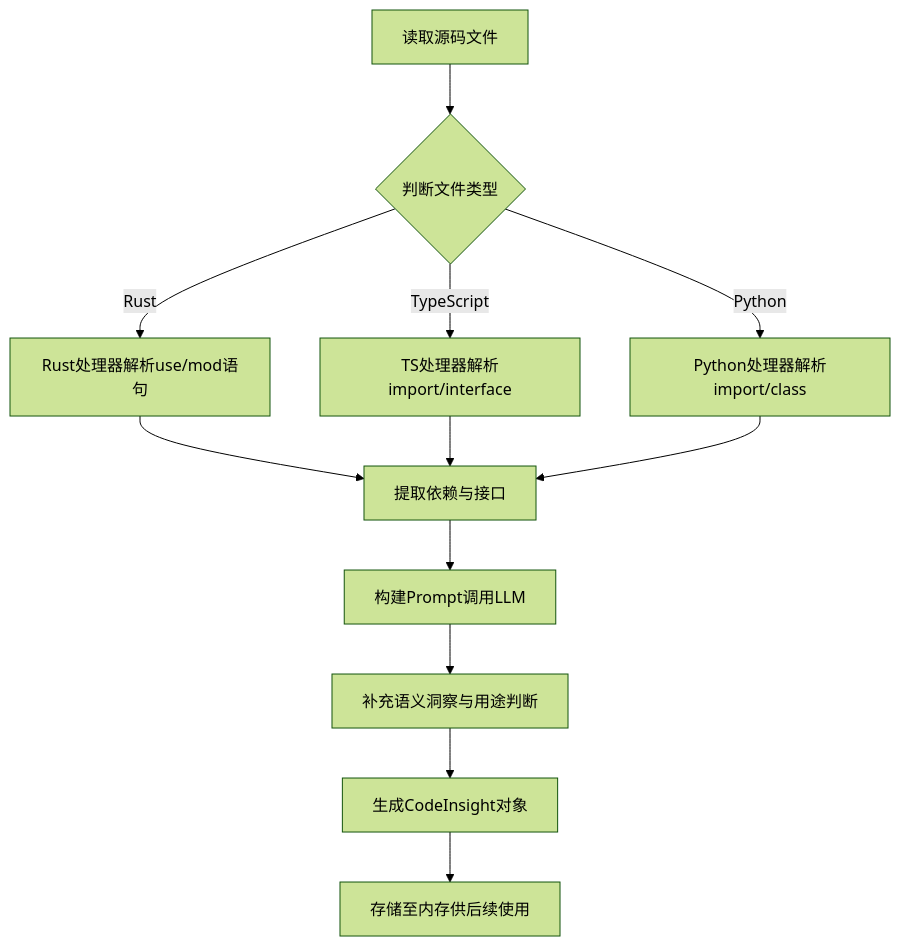
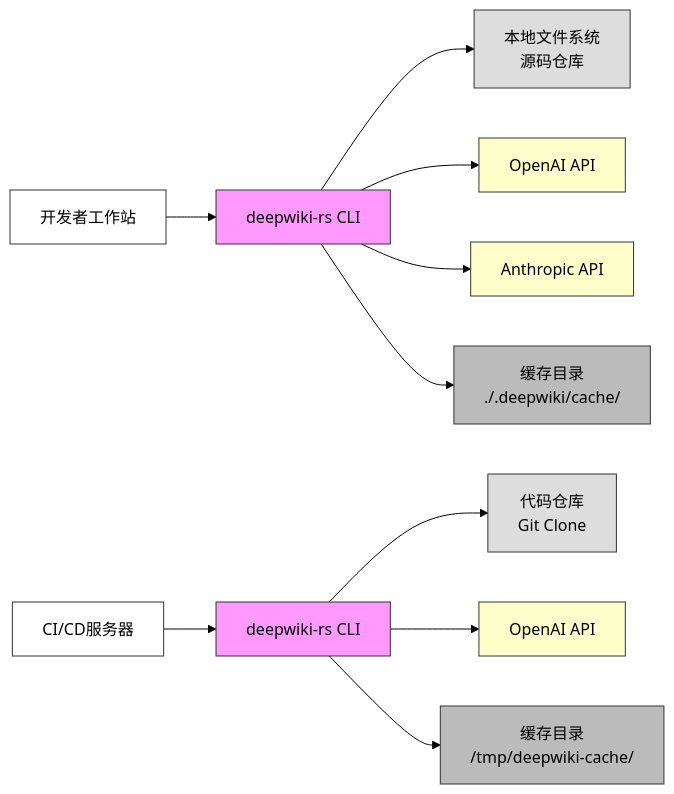
One commit to BigtoC/deepwiki-rs changed the sixth of 6 diagrams in docs/2、架构概览.md. Above: the diagram before and after it, drawn with Mermaid (forest theme). The commit also changed other lines of this file and 13 other files, not shown here.

````diff
--- a/docs/2、架构概览.md
+++ b/docs/2、架构概览.md
@@ -363,14 +602,25 @@
 ```mermaid
-graph TD
-    A[读取源码文件] --> B{判断文件类型}
-    B -->|Rust| C[Rust处理器解析use/mod语句]
-    B -->|TypeScript| D[TS处理器解析import/interface]
-    B -->|Python| E[Python处理器解析import/class]
-    C --> F[提取依赖与接口]
-    D --> F
-    E --> F
-    F --> G[构建Prompt调用LLM]
-    G --> H[补充语义洞察与用途判断]
-    H --> I[生成CodeInsight对象]
-    I --> J[存储至内存供后续使用]
+graph LR
+    A[开发者工作站] --> B[deepwiki-rs CLI]
+    B --> C[本地文件系统<br>源码仓库]
+    B --> D[OpenAI API]
+    B --> E[Anthropic API]
+    B --> F[缓存目录<br>./.deepwiki/cache/]
+
+    G[CI/CD服务器] --> H[deepwiki-rs CLI]
+    H --> I[代码仓库<br>Git Clone]
+    H --> J[OpenAI API]
+    H --> K[缓存目录<br>/tmp/deepwiki-cache/]
+
+    style A fill:#fff,stroke:#333
+    style G fill:#fff,stroke:#333
+    style B fill:#f9f,stroke:#333
+    style H fill:#f9f,stroke:#333
+    style C fill:#ddd,stroke:#333
+    style I fill:#ddd,stroke:#333
+    style D fill:#ffc,stroke:#333
+    style E fill:#ffc,stroke:#333
+    style J fill:#ffc,stroke:#333
+    style F fill:#bbb,stroke:#333
+    style K fill:#bbb,stroke:#333
 ```
````
